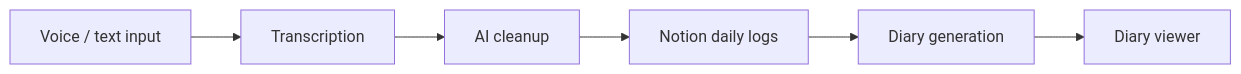
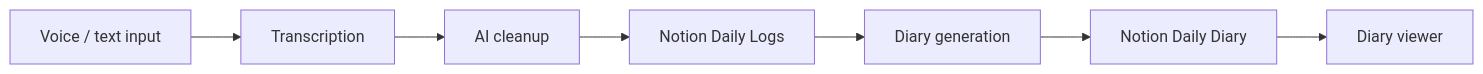
One commit to NithishKumarAI/AI-Personal-Assistant-System changed the diagram in README.md. Above: the diagram before and after it, drawn with Mermaid. The commit also changed other lines of this file and 11 other files, not shown here.

````diff
--- a/README.md
+++ b/README.md
@@ -33,8 +55,9 @@
 ```mermaid
 flowchart LR
     A["Voice / text input"] --> B["Transcription"]
     B --> C["AI cleanup"]
-    C --> D["Notion daily logs"]
+    C --> D["Notion Daily Logs"]
     D --> E["Diary generation"]
-    E --> F["Diary viewer"]
+    E --> F["Notion Daily Diary"]
+    F --> G["Diary viewer"]
 ```
````
